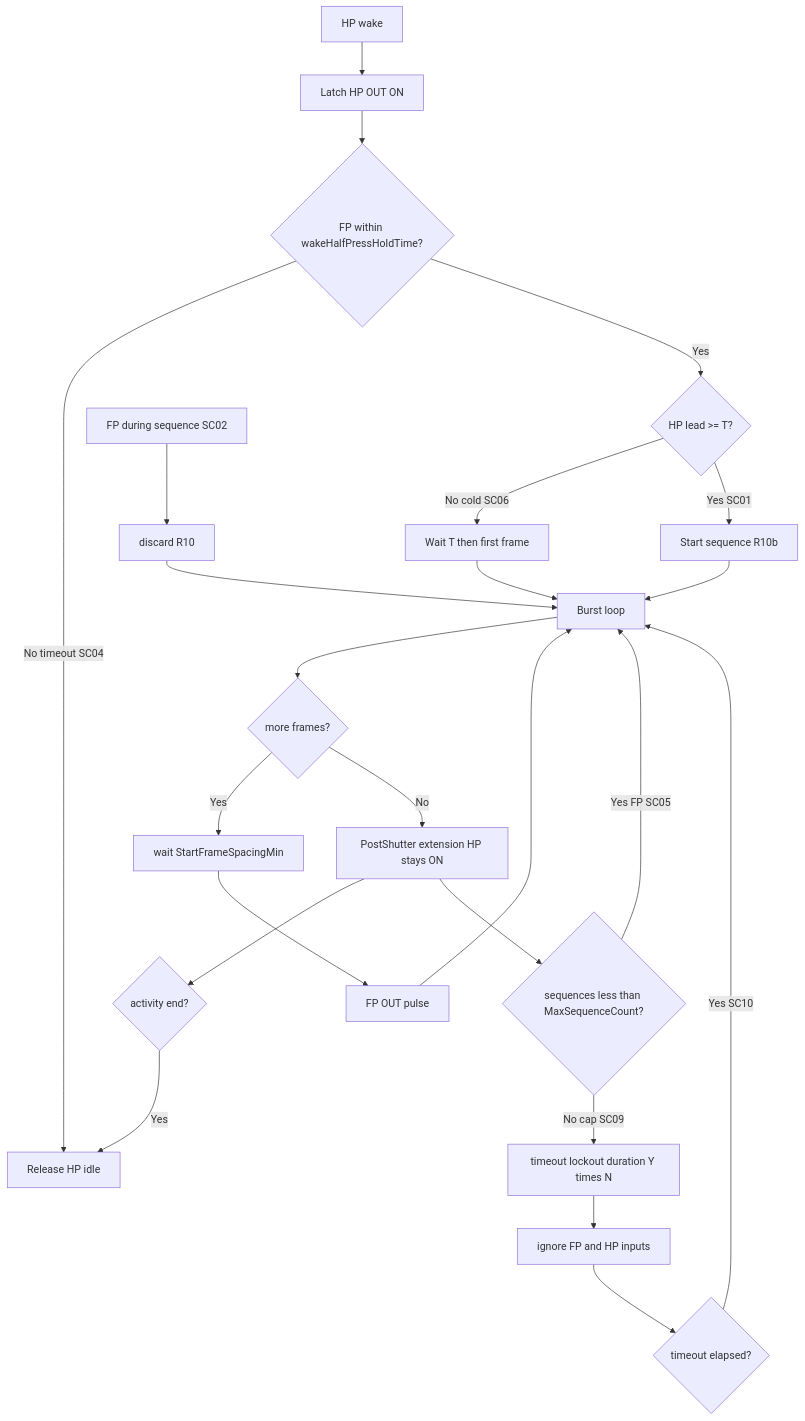
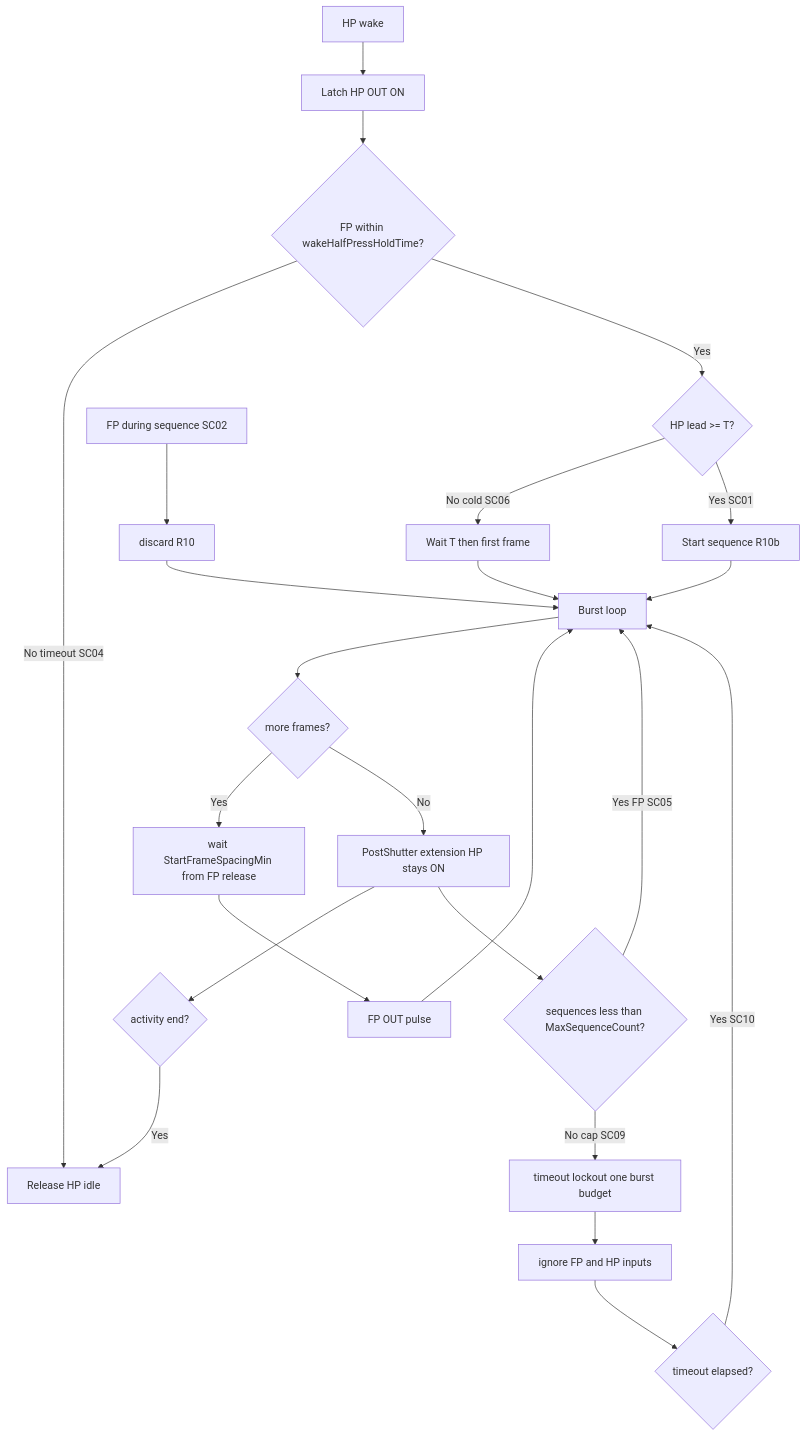
One commit to intvenlab/camptraptions_timing changed the second of 2 diagrams in docs/diagrams/mcu-state-flow.md. Above: the diagram before and after it, drawn with Mermaid. The commit also changed other lines of this file and 264 other files, not shown here.

````diff
--- a/docs/diagrams/mcu-state-flow.md
+++ b/docs/diagrams/mcu-state-flow.md
@@ -47,26 +47,26 @@
 ```mermaid
 flowchart TD
     A[HP wake] --> B[Latch HP OUT ON]
     B --> C{FP within wakeHalfPressHoldTime?}
     C -->|No timeout SC04| D[Release HP idle]
     C -->|Yes| E{HP lead >= T?}
     E -->|No cold SC06| F[Wait T then first frame]
     E -->|Yes SC01| G[Start sequence R10b]
     F --> H[Burst loop]
     G --> H
     H --> I{more frames?}
-    I -->|Yes| J[wait StartFrameSpacingMin]
+    I -->|Yes| J[wait StartFrameSpacingMin from FP release]
     J --> K[FP OUT pulse]
     K --> H
     I -->|No| L[PostShutter extension HP stays ON]
     L --> M{activity end?}
     M -->|Yes| D
     L --> P{sequences less than MaxSequenceCount?}
     P -->|Yes FP SC05| H
-    P -->|No cap SC09| Q[timeout lockout duration Y times N]
+    P -->|No cap SC09| Q[timeout lockout one burst budget]
     Q --> R[ignore FP and HP inputs]
     R --> S{timeout elapsed?}
     S -->|Yes SC10| H
     N[FP during sequence SC02] --> O[discard R10]
     O --> H
 ```
````
